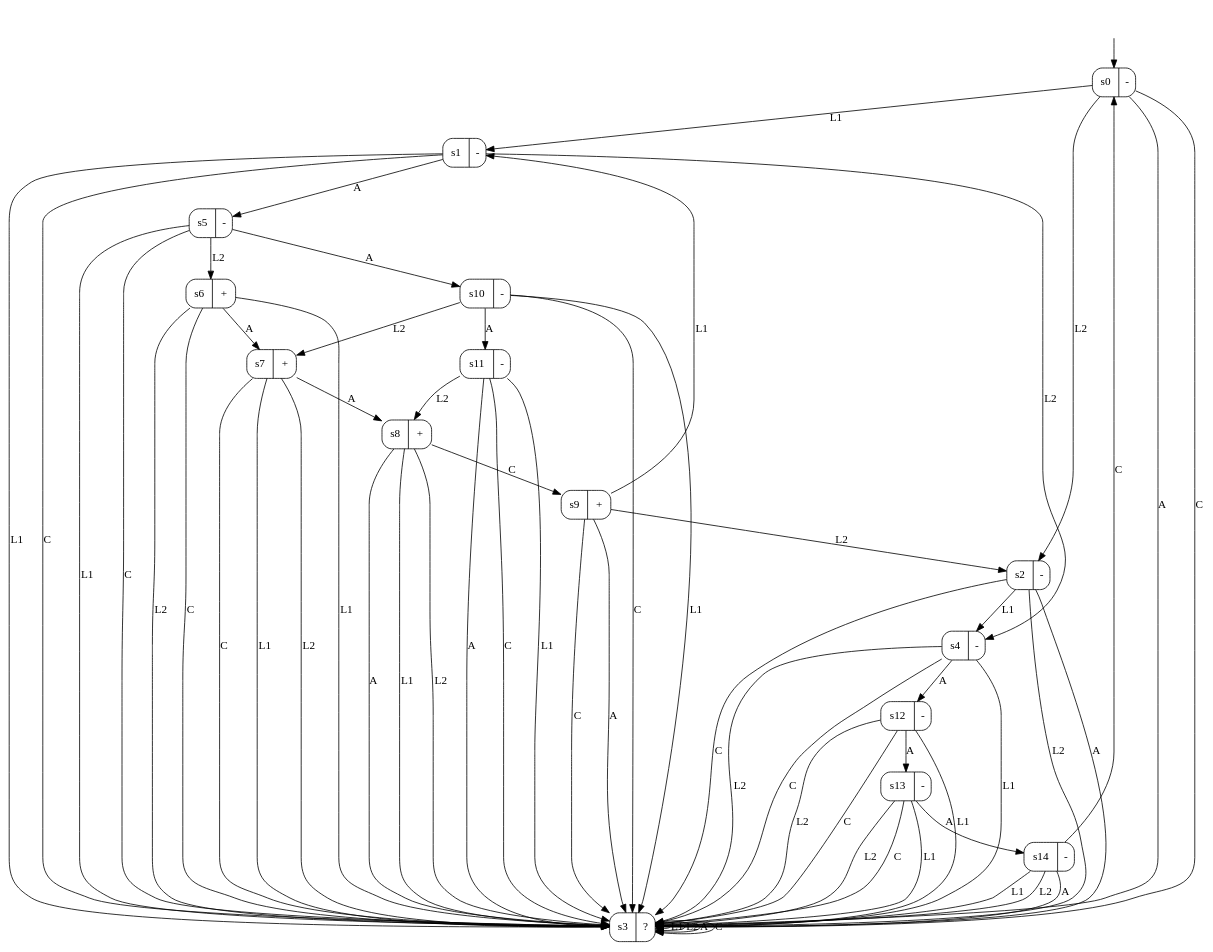
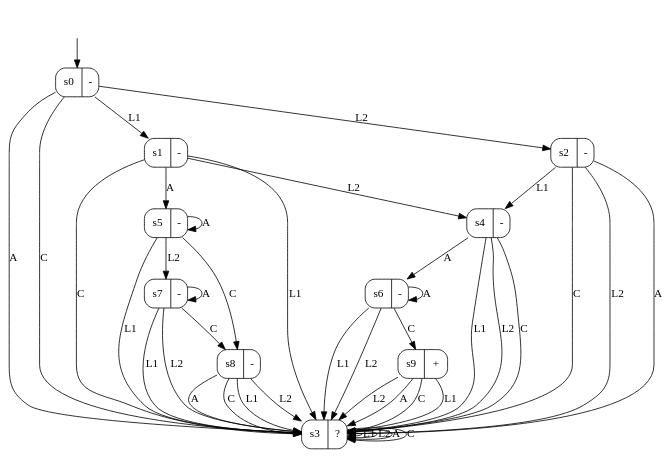
Before and after one commit to tomyaacov/lstar_dont_care: the diagram in magento_dfa3.dot, drawn with Graphviz. The commit also changed 6 other files, not shown here.

```diff
--- a/magento_dfa3.dot
+++ b/magento_dfa3.dot
@@ -1,79 +1,54 @@
 digraph magento_dfa3 {
 s0 [label="s0|-", shape=record, style=rounded];
 s1 [label="s1|-", shape=record, style=rounded];
 s2 [label="s2|-", shape=record, style=rounded];
 s3 [label="s3|?", shape=record, style=rounded];
 s4 [label="s4|-", shape=record, style=rounded];
 s5 [label="s5|-", shape=record, style=rounded];
-s6 [label="s6|+", shape=record, style=rounded];
-s7 [label="s7|+", shape=record, style=rounded];
-s8 [label="s8|+", shape=record, style=rounded];
+s6 [label="s6|-", shape=record, style=rounded];
+s7 [label="s7|-", shape=record, style=rounded];
+s8 [label="s8|-", shape=record, style=rounded];
 s9 [label="s9|+", shape=record, style=rounded];
-s10 [label="s10|-", shape=record, style=rounded];
-s11 [label="s11|-", shape=record, style=rounded];
-s12 [label="s12|-", shape=record, style=rounded];
-s13 [label="s13|-", shape=record, style=rounded];
-s14 [label="s14|-", shape=record, style=rounded];
 s0 -> s1  [label=L1];
 s0 -> s2  [label=L2];
 s0 -> s3  [label=A];
 s0 -> s3  [label=C];
 s1 -> s3  [label=L1];
 s1 -> s4  [label=L2];
 s1 -> s5  [label=A];
 s1 -> s3  [label=C];
 s2 -> s4  [label=L1];
 s2 -> s3  [label=L2];
 s2 -> s3  [label=A];
 s2 -> s3  [label=C];
 s3 -> s3  [label=L1];
 s3 -> s3  [label=L2];
 s3 -> s3  [label=A];
 s3 -> s3  [label=C];
 s4 -> s3  [label=L1];
 s4 -> s3  [label=L2];
-s4 -> s12  [label=A];
+s4 -> s6  [label=A];
 s4 -> s3  [label=C];
 s5 -> s3  [label=L1];
-s5 -> s6  [label=L2];
-s5 -> s10  [label=A];
-s5 -> s3  [label=C];
+s5 -> s7  [label=L2];
+s5 -> s5  [label=A];
+s5 -> s8  [label=C];
 s6 -> s3  [label=L1];
 s6 -> s3  [label=L2];
-s6 -> s7  [label=A];
-s6 -> s3  [label=C];
+s6 -> s6  [label=A];
+s6 -> s9  [label=C];
 s7 -> s3  [label=L1];
 s7 -> s3  [label=L2];
-s7 -> s8  [label=A];
-s7 -> s3  [label=C];
+s7 -> s7  [label=A];
+s7 -> s8  [label=C];
 s8 -> s3  [label=L1];
 s8 -> s3  [label=L2];
 s8 -> s3  [label=A];
-s8 -> s9  [label=C];
-s9 -> s1  [label=L1];
-s9 -> s2  [label=L2];
+s8 -> s3  [label=C];
+s9 -> s3  [label=L1];
+s9 -> s3  [label=L2];
 s9 -> s3  [label=A];
 s9 -> s3  [label=C];
-s10 -> s3  [label=L1];
-s10 -> s7  [label=L2];
-s10 -> s11  [label=A];
-s10 -> s3  [label=C];
-s11 -> s3  [label=L1];
-s11 -> s8  [label=L2];
-s11 -> s3  [label=A];
-s11 -> s3  [label=C];
-s12 -> s3  [label=L1];
-s12 -> s3  [label=L2];
-s12 -> s13  [label=A];
-s12 -> s3  [label=C];
-s13 -> s3  [label=L1];
-s13 -> s3  [label=L2];
-s13 -> s14  [label=A];
-s13 -> s3  [label=C];
-s14 -> s3  [label=L1];
-s14 -> s3  [label=L2];
-s14 -> s3  [label=A];
-s14 -> s0  [label=C];
 __start0 [label="", shape=none];
 __start0 -> s0  [label=""];
 }
```
